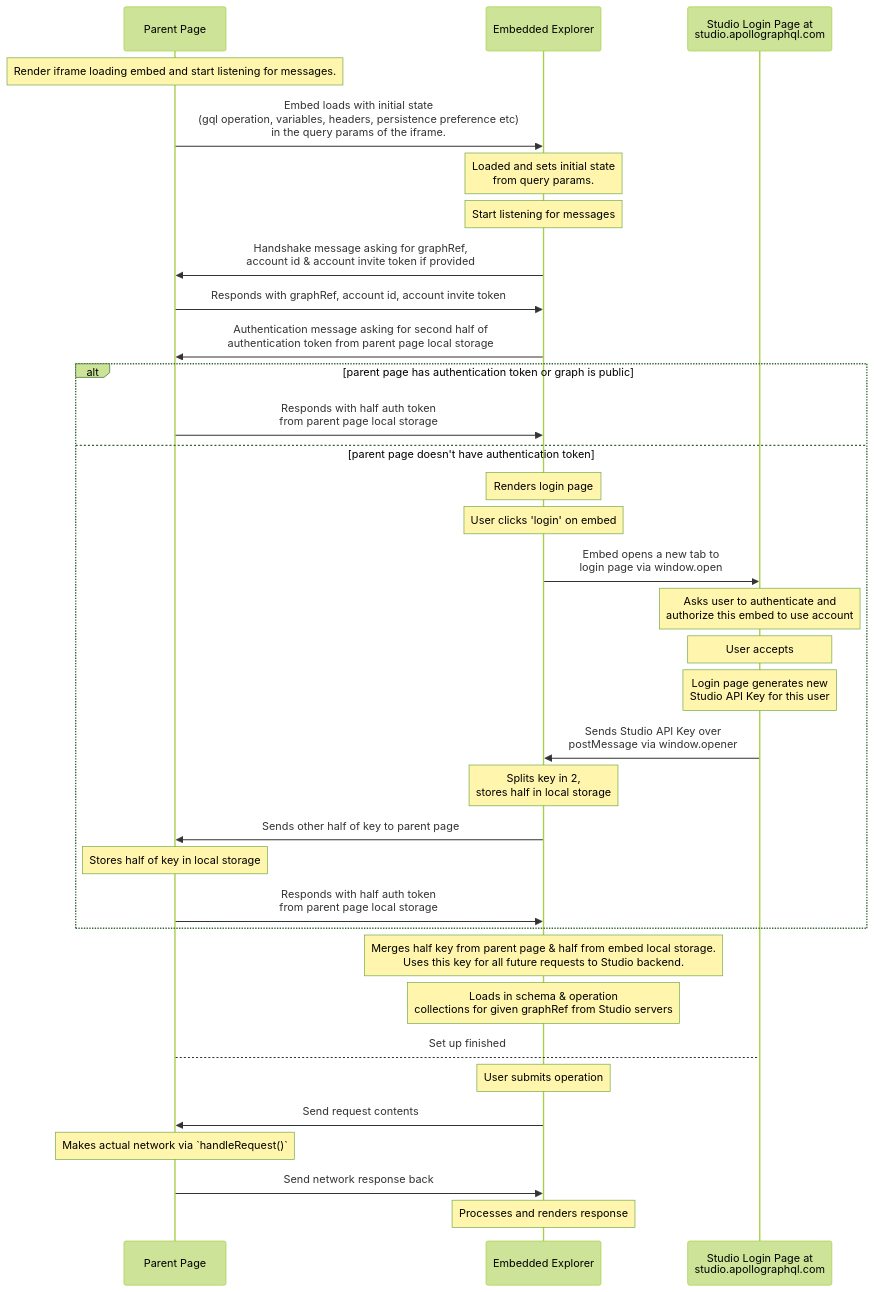
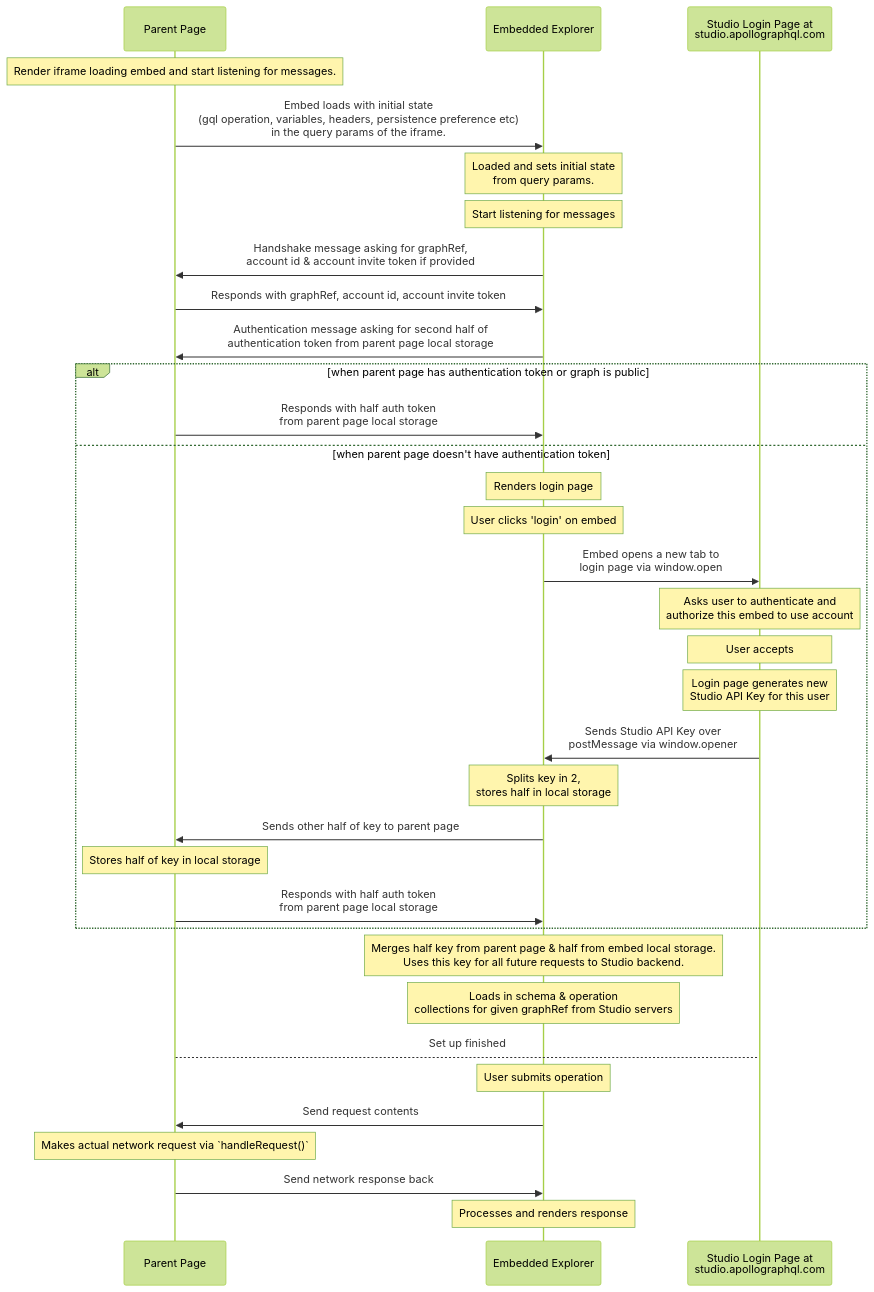
One commit to apollographql/embeddable-explorer changed the second of 2 diagrams in packages/explorer/README.md. Above: the diagram before and after it, drawn with Mermaid (forest theme). The commit also changed other lines of this file and 1 other file, not shown here.

Commit message:
grammar edits & axe edits on sandbox readme

````diff
--- a/packages/explorer/README.md
+++ b/packages/explorer/README.md
@@ -129,46 +129,46 @@
 ```mermaid
 sequenceDiagram
     participant Parent as Parent Page
     participant Embed as Embedded Explorer
     participant Login as Studio Login Page at <br>studio.apollographql.com
 
     note over Parent: Render iframe loading embed and start listening for messages.
     Parent->>Embed: Embed loads with initial state <br>(gql operation, variables, headers, persistence preference etc) <br>in the query params of the iframe.
     note over Embed: Loaded and sets initial state<br> from query params.
     note over Embed: Start listening for messages
 
     Embed->>Parent: Handshake message asking for graphRef, <br>account id & account invite token if provided
         
     Parent->>Embed: Responds with graphRef, account id, account invite token
 
     Embed->>Parent: Authentication message asking for second half of<br> authentication token from parent page local storage
 
-    alt parent page has authentication token or graph is public
+    alt when parent page has authentication token or graph is public
         Parent->>Embed: Responds with half auth token<br> from parent page local storage
-    else parent page doesn't have authentication token
+    else when parent page doesn't have authentication token
         note over Embed: Renders login page
         note over Embed: User clicks 'login' on embed
         Embed ->>Login: Embed opens a new tab to <br>login page via window.open
         note over Login: Asks user to authenticate and<br> authorize this embed to use account
         note over Login: User accepts
         note over Login: Login page generates new <br>Studio API Key for this user
         Login ->> Embed: Sends Studio API Key over <br>postMessage via window.opener
         note over Embed: Splits key in 2, <br>stores half in local storage
         Embed ->> Parent: Sends other half of key to parent page
         note over Parent: Stores half of key in local storage
         Parent->>Embed: Responds with half auth token<br> from parent page local storage
     end
 
 
     note over Embed: Merges half key from parent page & half from embed local storage. <br>Uses this key for all future requests to Studio backend.
 
     note over Embed: Loads in schema & operation <br>collections for given graphRef from Studio servers
 
     Parent --> Login: Set up finished
     
     note over Embed: User submits operation
     Embed->>Parent: Send request contents
-    note over Parent: Makes actual network via `handleRequest()`
+    note over Parent: Makes actual network request via `handleRequest()`
     Parent->>Embed: Send network response back
     note over Embed: Processes and renders response
 ```
````
